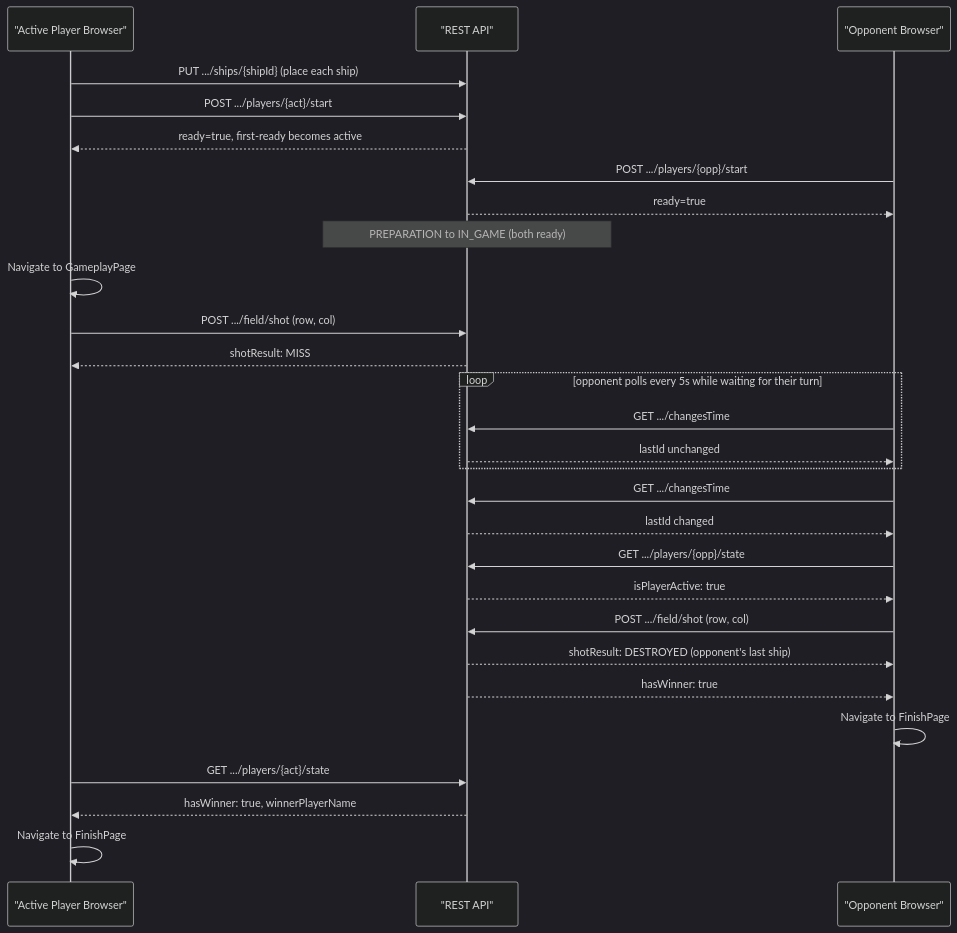
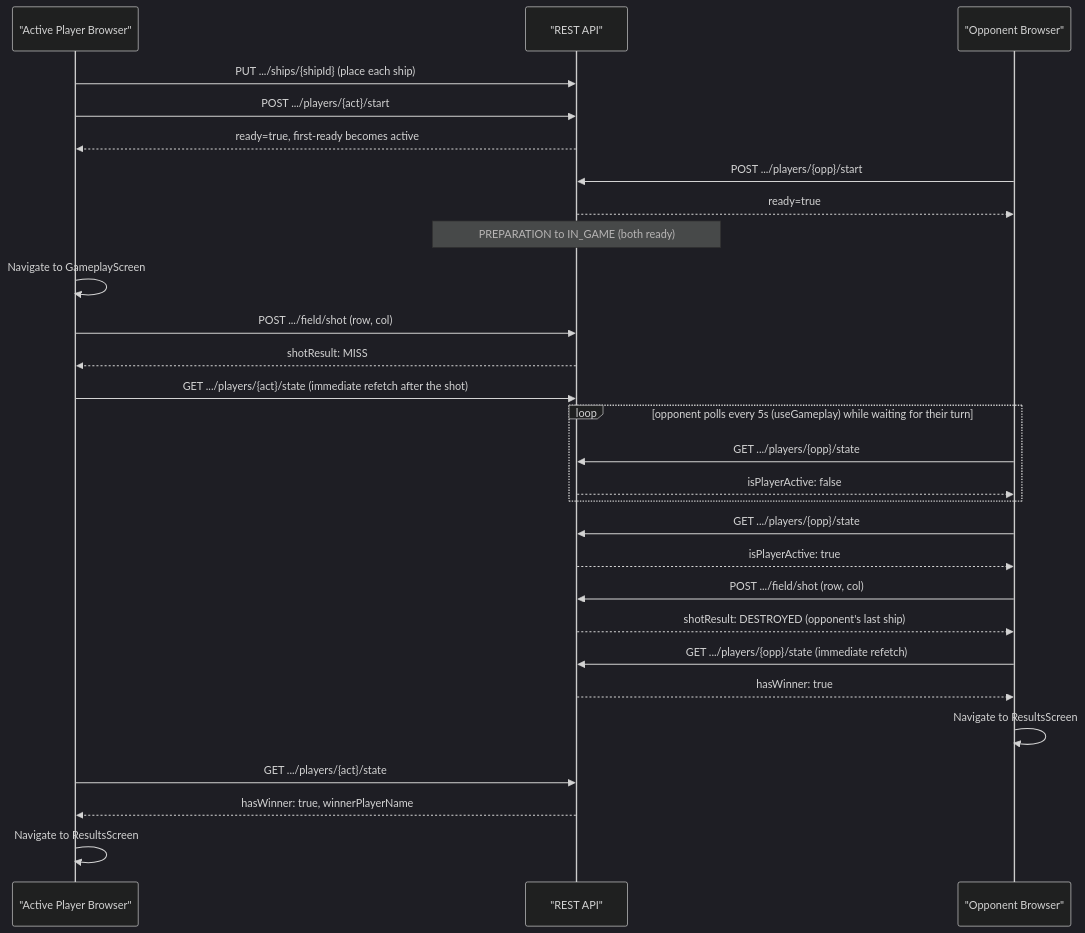
Before and after one commit to sanyokkua/battleship_java: the third of 3 diagrams in docs/architecture.md, drawn with Mermaid (dark theme). The commit also changed other lines of this file and 3 other files, not shown here.

````diff
--- a/docs/architecture.md
+++ b/docs/architecture.md
@@ -108,34 +138,34 @@
 ```mermaid
 sequenceDiagram
     participant act as "Active Player Browser"
     participant api as "REST API"
     participant opp as "Opponent Browser"
 
     act->>api: PUT .../ships/#123;shipId#125; #40;place each ship#41;
     act->>api: POST .../players/#123;act#125;/start
     api-->>act: ready#61;true, first-ready becomes active
     opp->>api: POST .../players/#123;opp#125;/start
     api-->>opp: ready#61;true
     Note over api: PREPARATION to IN_GAME #40;both ready#41;
-    act->>act: Navigate to GameplayPage
+    act->>act: Navigate to GameplayScreen
 
     act->>api: POST .../field/shot #40;row, col#41;
     api-->>act: shotResult#58; MISS
+    act->>api: GET .../players/#123;act#125;/state #40;immediate refetch after the shot#41;
 
-    loop opponent polls every 5s while waiting for their turn
-        opp->>api: GET .../changesTime
-        api-->>opp: lastId unchanged
+    loop opponent polls every 5s #40;useGameplay#41; while waiting for their turn
+        opp->>api: GET .../players/#123;opp#125;/state
+        api-->>opp: isPlayerActive#58; false
     end
-    opp->>api: GET .../changesTime
-    api-->>opp: lastId changed
     opp->>api: GET .../players/#123;opp#125;/state
     api-->>opp: isPlayerActive#58; true
 
     opp->>api: POST .../field/shot #40;row, col#41;
     api-->>opp: shotResult#58; DESTROYED #40;opponent#39;s last ship#41;
+    opp->>api: GET .../players/#123;opp#125;/state #40;immediate refetch#41;
     api-->>opp: hasWinner#58; true
-    opp->>opp: Navigate to FinishPage
+    opp->>opp: Navigate to ResultsScreen
     act->>api: GET .../players/#123;act#125;/state
     api-->>act: hasWinner#58; true, winnerPlayerName
-    act->>act: Navigate to FinishPage
+    act->>act: Navigate to ResultsScreen
 ```
````
